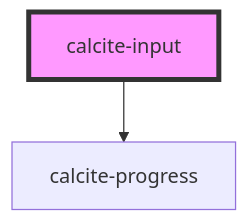
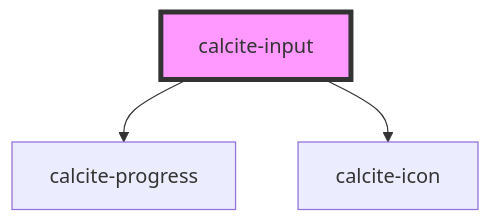
Before and after one commit to vikivakarvc/calcite-design-system: the diagram in src/components/calcite-input/readme.md, drawn with Mermaid. The commit also changed other lines of this file and 7 other files, not shown here.

````diff
--- a/src/components/calcite-input/readme.md
+++ b/src/components/calcite-input/readme.md
@@ -143,5 +145,6 @@
 ```mermaid
 graph TD;
   calcite-input --> calcite-progress
+  calcite-input --> calcite-icon
   style calcite-input fill:#f9f,stroke:#333,stroke-width:4px
 ```
````
